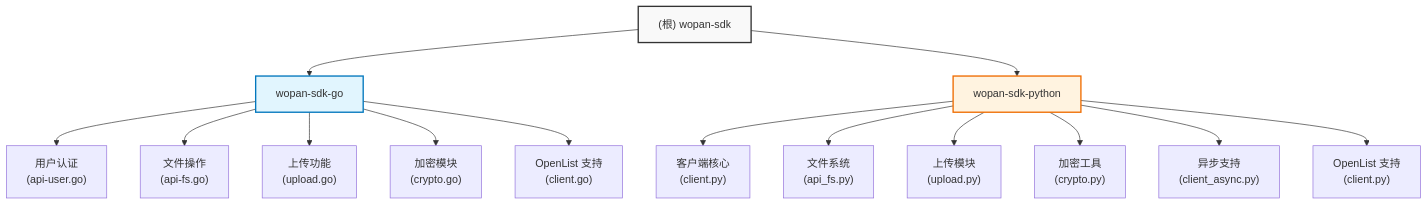
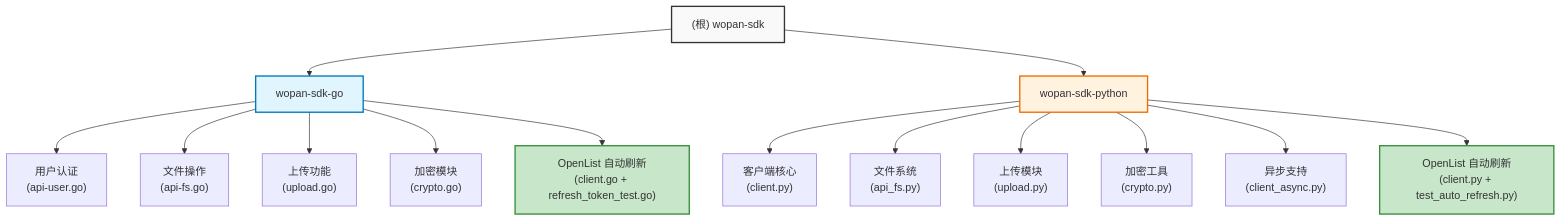
The diagram in wopan-sdk/CLAUDE.md (unwenliu/frigate), drawn with Mermaid before and after one commit. The commit also changed other lines of this file and 8 other files, not shown here.

First line of the commit message:
feat(sdk): add OpenList automatic token refresh

````diff
--- a/wopan-sdk/CLAUDE.md
+++ b/wopan-sdk/CLAUDE.md
@@ -55,26 +57,28 @@
 ```mermaid
 graph TD
     A["(根) wopan-sdk"]
     A --> B["wopan-sdk-go"]
     A --> C["wopan-sdk-python"]
 
     B --> B1["用户认证<br/>(api-user.go)"]
     B --> B2["文件操作<br/>(api-fs.go)"]
     B --> B3["上传功能<br/>(upload.go)"]
     B --> B4["加密模块<br/>(crypto.go)"]
-    B --> B5["OpenList 支持<br/>(client.go)"]
+    B --> B5["OpenList 自动刷新<br/>(client.go + refresh_token_test.go)"]
 
     C --> C1["客户端核心<br/>(client.py)"]
     C --> C2["文件系统<br/>(api_fs.py)"]
     C --> C3["上传模块<br/>(upload.py)"]
     C --> C4["加密工具<br/>(crypto.py)"]
     C --> C5["异步支持<br/>(client_async.py)"]
-    C --> C6["OpenList 支持<br/>(client.py)"]
+    C --> C6["OpenList 自动刷新<br/>(client.py + test_auto_refresh.py)"]
 
     style A fill:#f9f9f9,stroke:#333,stroke-width:2px
     style B fill:#e1f5fe,stroke:#0277bd,stroke-width:2px
     style C fill:#fff3e0,stroke:#ef6c00,stroke-width:2px
+    style B5 fill:#c8e6c9,stroke:#388e3c,stroke-width:2px
+    style C6 fill:#c8e6c9,stroke:#388e3c,stroke-width:2px
 
     click B "./wopan-sdk-go/CLAUDE.md" "查看 Go SDK 模块文档"
     click C "./wopan-sdk-python/CLAUDE.md" "查看 Python SDK 模块文档"
 ```
````
